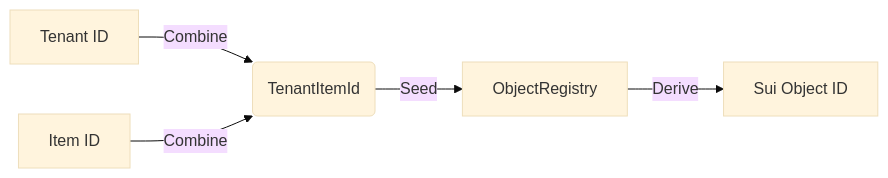
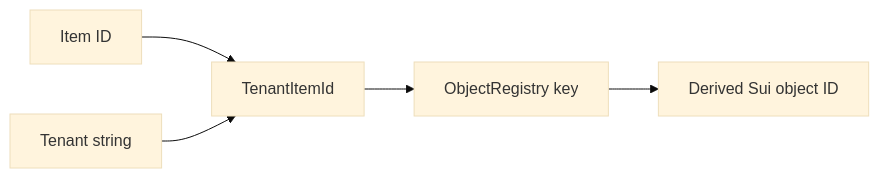
One commit to Scetrov/frontier.scetrov.live changed the second of 2 diagrams in content/develop/world-contracts/primitives/in_game_id.move.md. Above: the diagram before and after it, drawn with Mermaid (base theme). The commit also changed other lines of this file and 5 other files, not shown here.

````diff
--- a/content/develop/world-contracts/primitives/in_game_id.move.md
+++ b/content/develop/world-contracts/primitives/in_game_id.move.md
@@ -37,8 +26,7 @@
 ```mermaid
 flowchart LR
-    A[Tenant ID] -- Combine --> C(TenantItemId)
-    B[Item ID] -- Combine --> C
-    C -- Seed --> D[ObjectRegistry]
-    D -- Derive --> E[Sui Object ID]
-
+    A[Item ID] --> C[TenantItemId]
+    B[Tenant string] --> C
+    C --> D[ObjectRegistry key]
+    D --> E[Derived Sui object ID]
 ```
````
